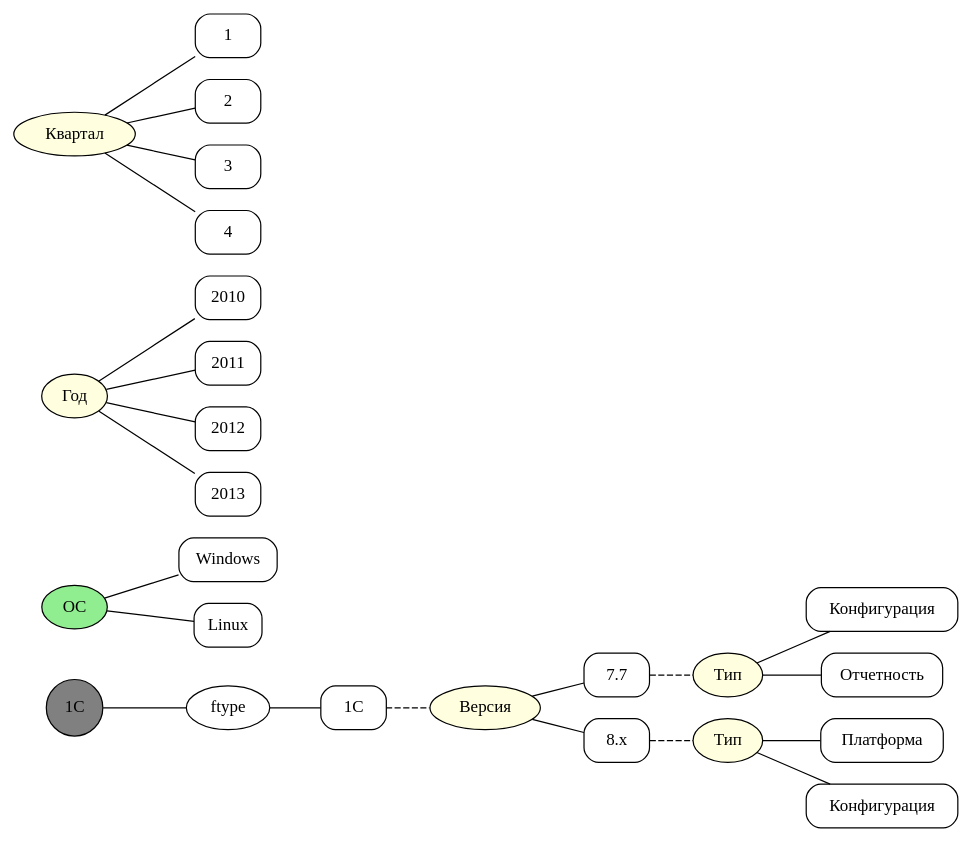
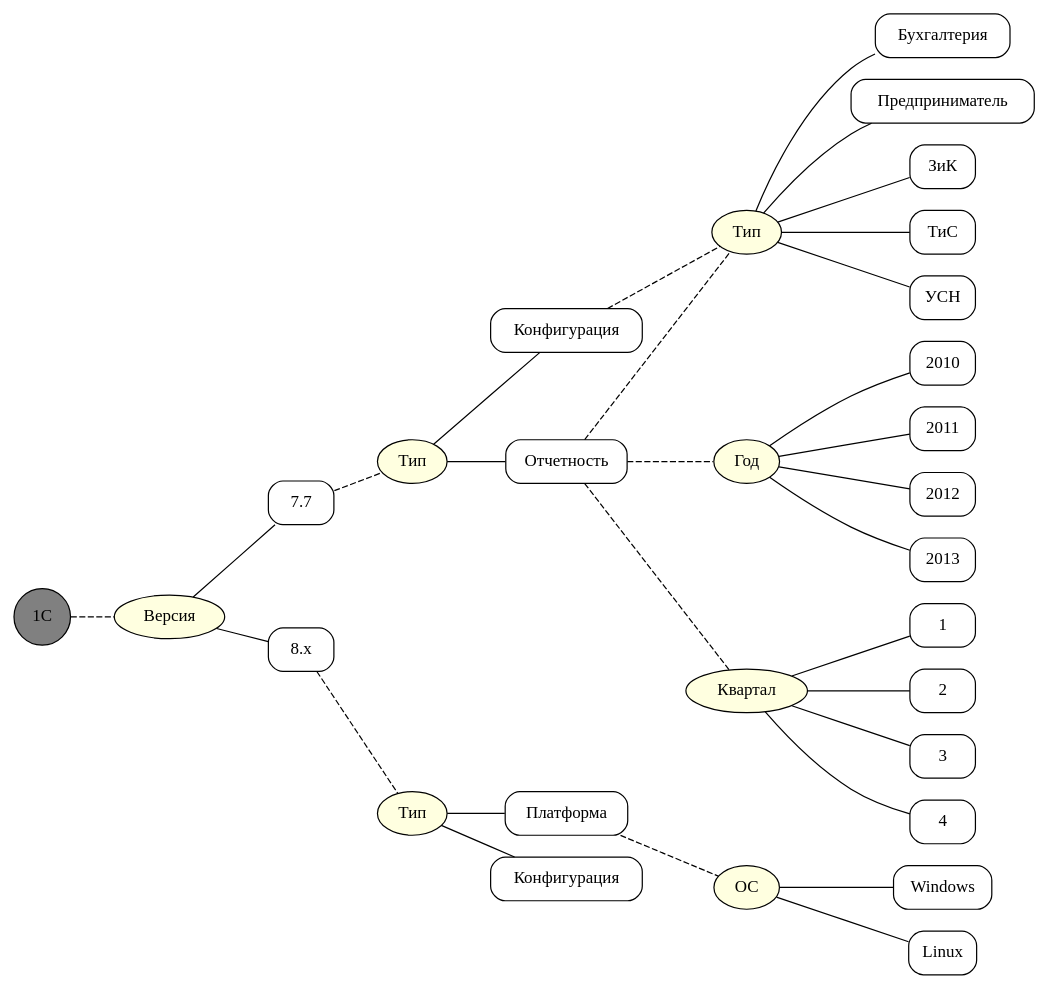
The diagram in trunk/_contrib_/ones.dot (tieugene/dasarchive), drawn with Graphviz before and after one commit.

Commit message:
ones.dot ok

```diff
--- a/trunk/_contrib_/ones.dot
+++ b/trunk/_contrib_/ones.dot
@@ -1,85 +1,73 @@
 graph DasArchive {
   overlap="false";
   rankdir="LR";
   /* defaults */
   {
     node  	[shape="circle", style="filled", fillcolor="grey"];
     n0		[label="1C"];
   }
   /* AttrGroup */
   {
     node  	[shape="ellipse", style="filled"];
     /* AttrGroup.Mselect */
     {
       node  	[fillcolor="lightgreen"];
-      os	[label="ОС"];
     }
     /* AttrGroup.Sselect */
     {
       node  	[fillcolor="lightyellow"];
       onesver	[label="Версия"];
       v7part	[label="Тип"];
+      v7cfgtype	[label="Тип"];
       v8part	[label="Тип"];
       year	[label="Год"];
       quarter	[label="Квартал"];
+      os	[label="ОС"];
     }
   }
   /* AttrItem */
   {
     node  	[shape="rectangle", style="rounded, filled", fillcolor="white"];
-    ones	[label="1С"];
     v7		[label="7.7"];
     v7cfg	[label="Конфигурация"];
+    v7A		[label="Бухгалтерия"];
+    v7E		[label="Предприниматель"];
+    v7S		[label="ЗиК"];
+    v7T		[label="ТиС"];
+    v7U		[label="УСН"];
     v7rpt	[label="Отчетность"];
     v8		[label="8.x"];
     v8platf	[label="Платформа"];
     v8cfg	[label="Конфигурация"];
     year2010	[label="2010"];
     year2011	[label="2011"];
     year2012	[label="2012"];
     year2013	[label="2013"];
     quarter1	[label="1"];
     quarter2	[label="2"];
     quarter3	[label="3"];
     quarter4	[label="4"];
     windows	[label="Windows"];
     linux	[label="Linux"];
   }
   /* go */
   /* 1. AttrGroup definitions */
-  n0		-- { ftype; };
   onesver	-- { v7; v8; }
   v7part	-- { v7cfg; v7rpt; }
+  v7cfgtype	-- { v7A; v7E; v7S; v7T; v7U; };
   v8part	-- { v8platf; v8cfg; }
   year		-- { year2010; year2011; year2012; year2013; };
   quarter	-- { quarter1; quarter2; quarter3; quarter4; };
   os		-- { windows; linux; };
   /* 2. AttrItem's groups */
   {
     edge	[style="dashed"];
-    ones	-- { onesver; };
+    n0		-- { onesver; };
     v7		-- { v7part; };
+    v7cfg	-- { v7cfgtype; };
+    v7rpt	-- { v7cfgtype; year; quarter; };
     v8		-- { v8part; };
+    v8platf	-- { os; };
   }
   /* 3. AttrItem Hierarchy */
-  ftype		-- { ones; };
 }
-/*
-Complex hw:
-- MB
-- Notebook
-- MFU
-HW Vendor
-
-= App type: =
-web-browser
-mailer
-archiver
-antivirus
-editor
-filemanager
-imageviewer
-office suite
-ocr
-sysutil (undelete; registry; partition; sysinfo)
-*/
```
